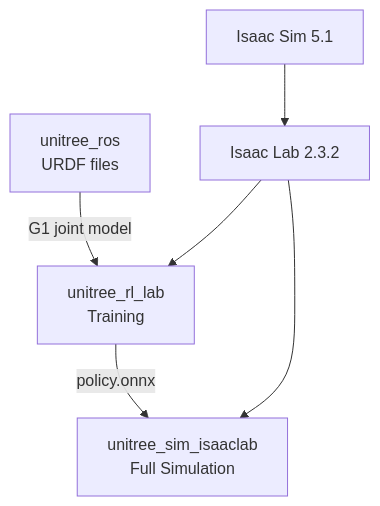
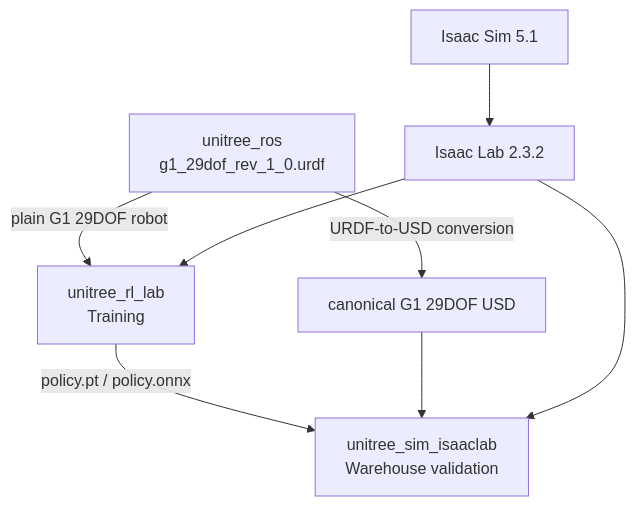
Before and after one commit to zeulewan/robot-docs: the diagram in docs/simulation/unitree/rl-training-guide.md, drawn with Mermaid. The commit also changed other lines of this file and 5 other files, not shown here.

````diff
--- a/docs/simulation/unitree/rl-training-guide.md
+++ b/docs/simulation/unitree/rl-training-guide.md
@@ -17,8 +17,10 @@
 ```mermaid
 graph TD
-    A[unitree_ros\nURDF files] -->|G1 joint model| B[unitree_rl_lab\nTraining]
-    B -->|policy.onnx| C[unitree_sim_isaaclab\nFull Simulation]
+    A[unitree_ros\ng1_29dof_rev_1_0.urdf] -->|plain G1 29DOF robot| B[unitree_rl_lab\nTraining]
+    A -->|URDF-to-USD conversion| U[canonical G1 29DOF USD]
+    B -->|policy.pt / policy.onnx| C[unitree_sim_isaaclab\nWarehouse validation]
+    U --> C
     D[Isaac Lab 2.3.2] --> B
     D --> C
     E[Isaac Sim 5.1] --> D
 ```
````
